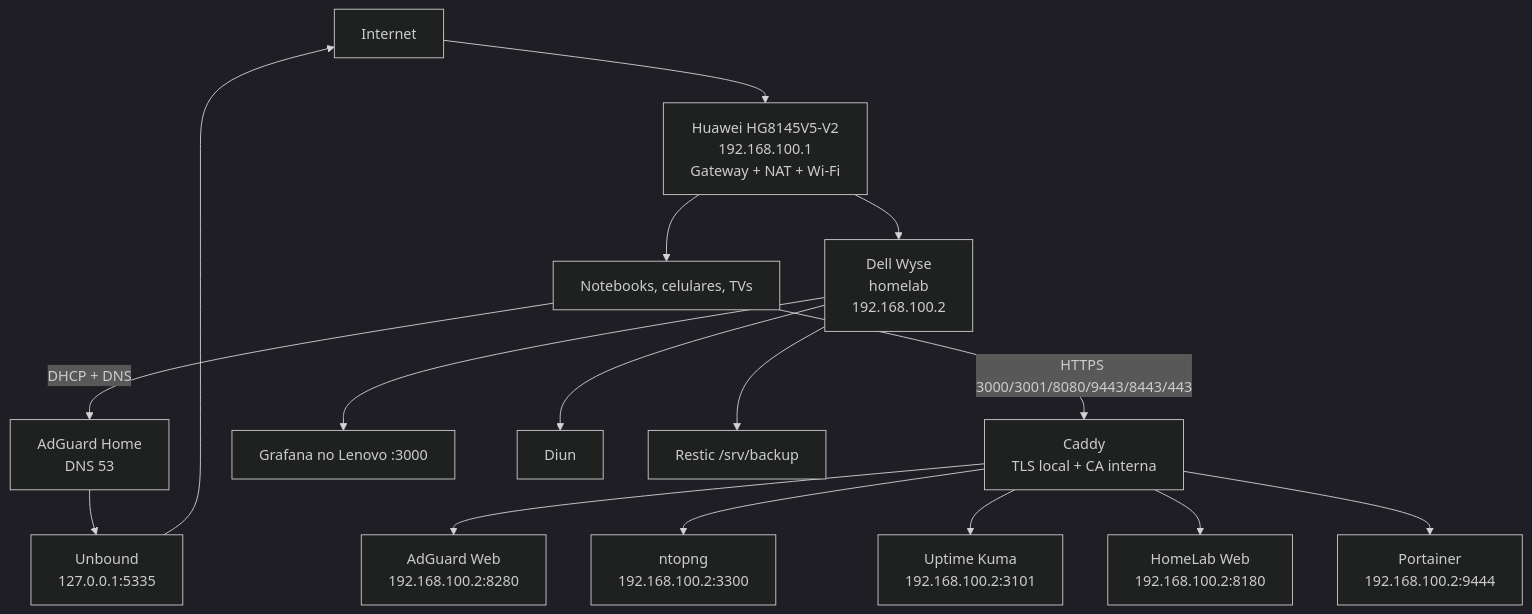
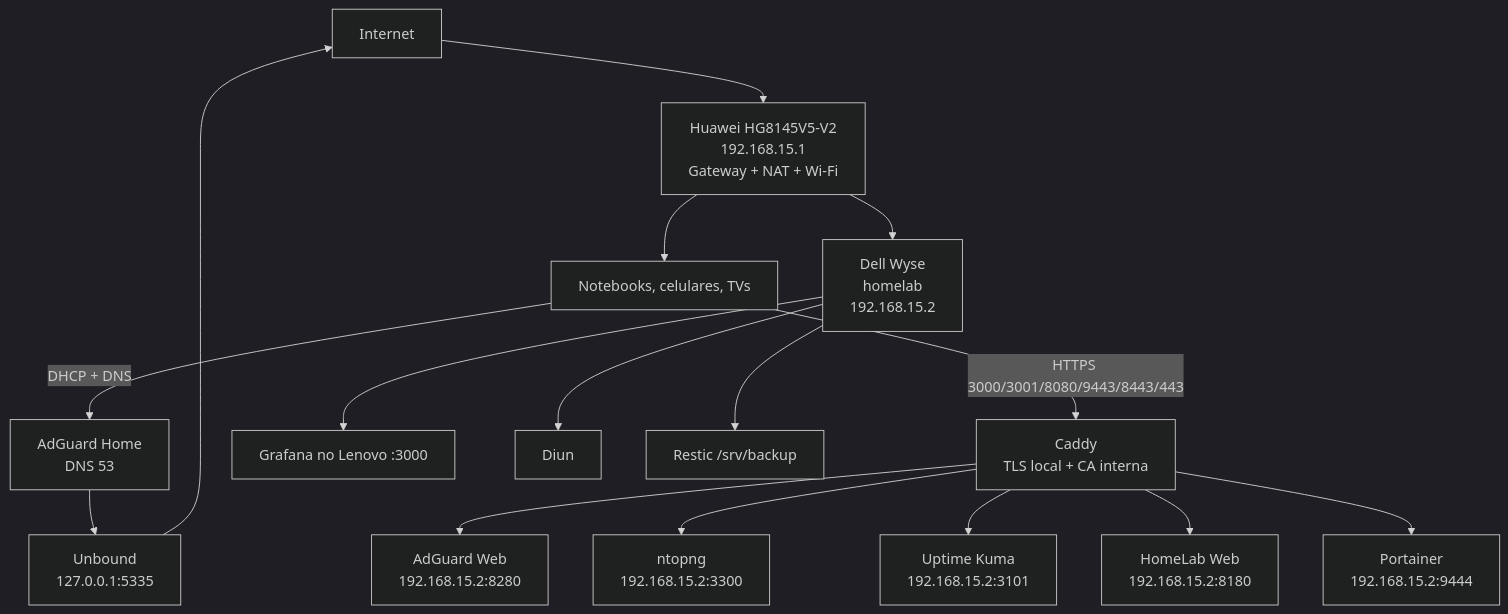
One commit to leonardodebs/homelab-infrastructure-server changed the diagram in README.md. Above: the diagram before and after it, drawn with Mermaid (dark theme). The commit also changed other lines of this file and 23 other files, not shown here.

````diff
--- a/README.md
+++ b/README.md
@@ -58,18 +58,18 @@
 ```mermaid
 flowchart TD
-    Internet --> Huawei[Huawei HG8145V5-V2\n192.168.100.1\nGateway + NAT + Wi-Fi]
-    Huawei --> Wyse[Dell Wyse\nhomelab\n192.168.100.2]
+    Internet --> Huawei[Huawei HG8145V5-V2\n192.168.15.1\nGateway + NAT + Wi-Fi]
+    Huawei --> Wyse[Dell Wyse\nhomelab\n192.168.15.2]
     Huawei --> Clientes[Notebooks, celulares, TVs]
     Clientes -->|DHCP + DNS| AGH[AdGuard Home\nDNS 53]
     AGH --> Unbound[Unbound\n127.0.0.1:5335]
     Unbound --> Internet
     Clientes -->|HTTPS 3000/3001/8080/9443/8443/443| Caddy[Caddy\nTLS local + CA interna]
-    Caddy --> AGH2[AdGuard Web\n192.168.100.2:8280]
-    Caddy --> Ntop[ntopng\n192.168.100.2:3300]
-    Caddy --> Kuma[Uptime Kuma\n192.168.100.2:3101]
-    Caddy --> Portal[HomeLab Web\n192.168.100.2:8180]
-    Caddy --> Portainer[Portainer\n192.168.100.2:9444]
+    Caddy --> AGH2[AdGuard Web\n192.168.15.2:8280]
+    Caddy --> Ntop[ntopng\n192.168.15.2:3300]
+    Caddy --> Kuma[Uptime Kuma\n192.168.15.2:3101]
+    Caddy --> Portal[HomeLab Web\n192.168.15.2:8180]
+    Caddy --> Portainer[Portainer\n192.168.15.2:9444]
     Wyse --> Grafana[Grafana no Lenovo :3000]
     Wyse --> Diun[Diun]
     Wyse --> Backup[Restic /srv/backup]
 ```
````
